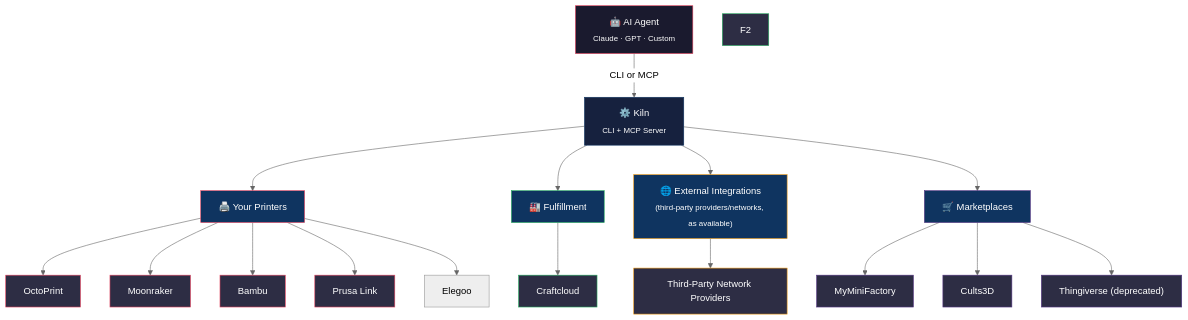
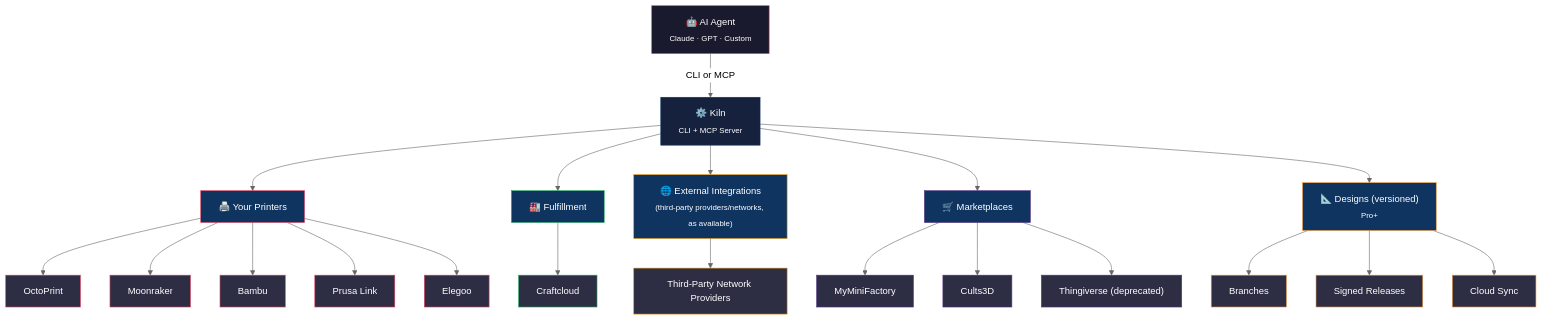
The first of 2 diagrams in README.md (codeofaxel/Kiln), drawn with Mermaid (neutral theme) before and after one commit. The commit also changed other lines of this file, not shown here.

First line of the commit message:
README: add Git for 3D section + Designs (versioned) node in Architecture

````diff
--- a/README.md
+++ b/README.md
@@ -57,41 +57,50 @@
 ```mermaid
 graph TD
     A["🤖 AI Agent<br/><sub>Claude · GPT · Custom</sub>"]
     A -->|"CLI or MCP"| B["⚙️ Kiln<br/><sub>CLI + MCP Server</sub>"]
 
     B --> C["🖨️ Your Printers"]
     B --> F["🏭 Fulfillment"]
     B --> N["🌐 External Integrations<br/><sub>(third-party providers/networks, as available)</sub>"]
     B --> D["🛒 Marketplaces"]
+    B --> V["📐 Designs (versioned)<br/><sub>Pro+</sub>"]
 
     C --> E1["OctoPrint"]
     C --> E2["Moonraker"]
     C --> E3["Bambu"]
     C --> E4["Prusa Link"]
     C --> E5["Elegoo"]
 
     F --> F1["Craftcloud"]
 
     N --> N1["Third-Party Network Providers"]
 
     D --> I["MyMiniFactory"]
     D --> J["Cults3D"]
     D --> H["Thingiverse (deprecated)"]
 
+    V --> V1["Branches"]
+    V --> V2["Signed Releases"]
+    V --> V3["Cloud Sync"]
+
     style A fill:#1a1a2e,stroke:#e94560,color:#fff
     style B fill:#16213e,stroke:#0f3460,color:#fff
     style C fill:#0f3460,stroke:#e94560,color:#fff
     style F fill:#0f3460,stroke:#27ae60,color:#fff
     style N fill:#0f3460,stroke:#f39c12,color:#fff
     style D fill:#0f3460,stroke:#533483,color:#fff
+    style V fill:#0f3460,stroke:#f59e42,color:#fff
     style E1 fill:#2d2d44,stroke:#e94560,color:#fff
     style E2 fill:#2d2d44,stroke:#e94560,color:#fff
     style E3 fill:#2d2d44,stroke:#e94560,color:#fff
     style E4 fill:#2d2d44,stroke:#e94560,color:#fff
+    style E5 fill:#2d2d44,stroke:#e94560,color:#fff
     style F1 fill:#2d2d44,stroke:#27ae60,color:#fff
-    style F2 fill:#2d2d44,stroke:#27ae60,color:#fff
     style N1 fill:#2d2d44,stroke:#f39c12,color:#fff
     style H fill:#2d2d44,stroke:#533483,color:#fff
     style I fill:#2d2d44,stroke:#533483,color:#fff
     style J fill:#2d2d44,stroke:#533483,color:#fff
+    style V1 fill:#2d2d44,stroke:#f59e42,color:#fff
+    style V2 fill:#2d2d44,stroke:#f59e42,color:#fff
+    style V3 fill:#2d2d44,stroke:#f59e42,color:#fff
 ```
````
